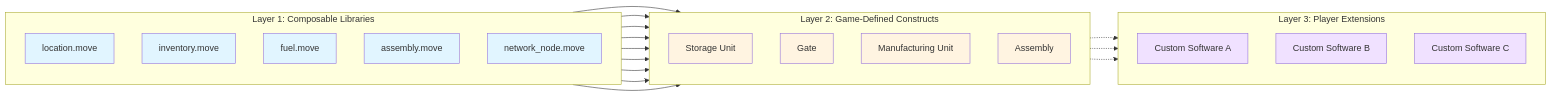
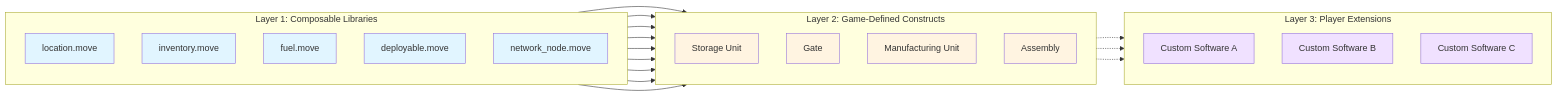
Before and after one commit to evefrontier/world-contracts: the diagram in docs/architechture.md, drawn with Mermaid. The commit also changed other lines of this file, not shown here.

````diff
--- a/docs/architechture.md
+++ b/docs/architechture.md
@@ -132,49 +132,49 @@
 ```mermaid
 graph LR
     subgraph Layer1["Layer 1: Composable Libraries"]
         direction TB
         L1[location.move]
         L2[inventory.move]
         L3[fuel.move]
-        L4[assembly.move]
+        L4[deployable.move]
         L5[network_node.move]
     end
     
     subgraph Layer2["Layer 2: Game-Defined Constructs"]
         direction TB
         C1[Storage Unit]
         C2[Gate]
         C3[Manufacturing Unit]
         C4[Assembly]
     end
     
     subgraph Layer3["Layer 3: Player Extensions"]
         direction TB
         PE1[Custom Software A]
         PE2[Custom Software B]
         PE3[Custom Software C]
     end
     
     L1 --> C1 & C2
     L2 --> C1 & C3
     L3 --> C1 & C2 & C3
     L4 --> C4
     L5 --> C2
     
     C1 -.-> PE1
     C2 -.-> PE2
     C3 -.-> PE3
     
     style L1 fill:#e1f5ff
     style L2 fill:#e1f5ff
     style L3 fill:#e1f5ff
     style L4 fill:#e1f5ff
     style L5 fill:#e1f5ff
     style C1 fill:#fff4e1
     style C2 fill:#fff4e1
     style C3 fill:#fff4e1
     style C4 fill:#fff4e1
     style PE1 fill:#f0e1ff
     style PE2 fill:#f0e1ff
     style PE3 fill:#f0e1ff
 ```
````
